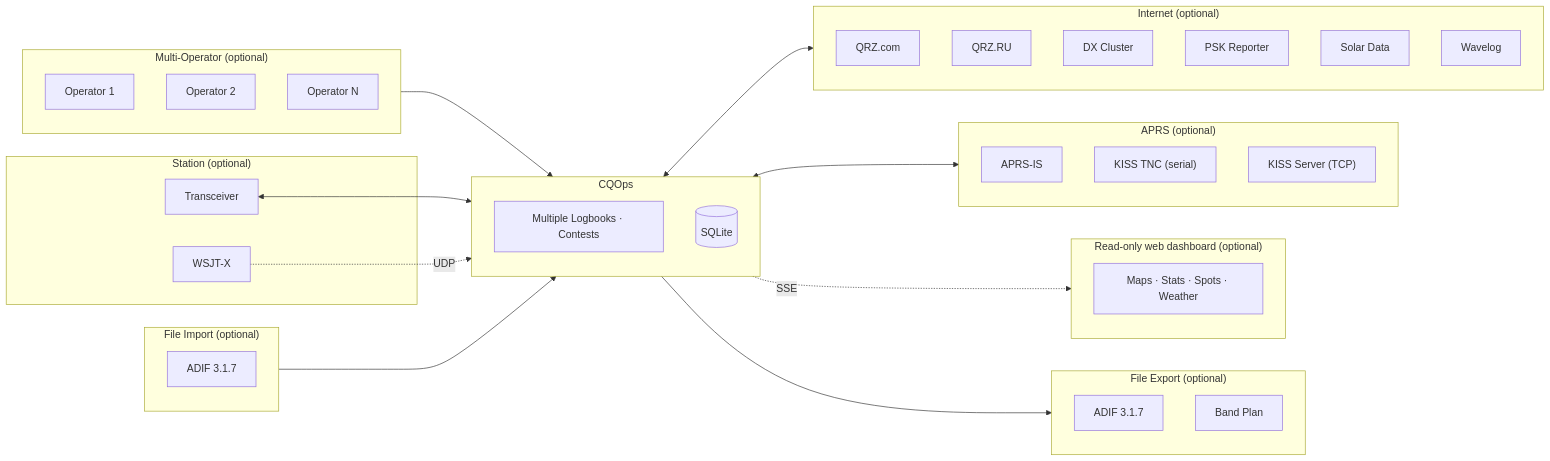
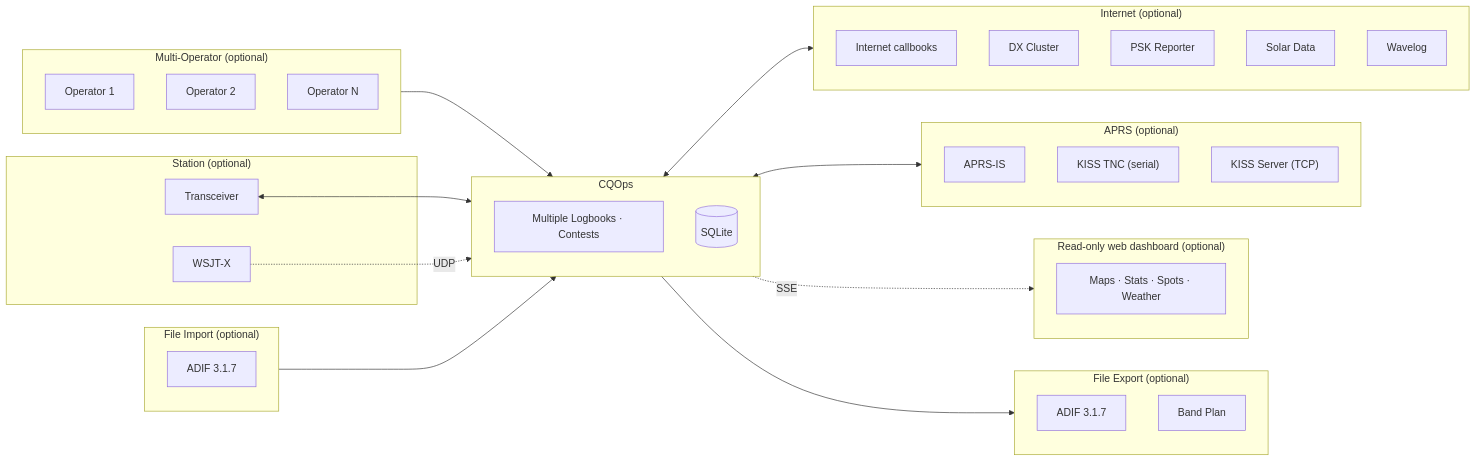
The diagram in README.md (szporwolik/cqops), drawn with Mermaid before and after one commit.

Commit message:
refactor: consolidate callbook nodes in architecture diagram

````diff
--- a/README.md
+++ b/README.md
@@ -84,48 +84,47 @@
 ```mermaid
 flowchart LR
     subgraph Station["Station (optional)"]
         rig["Transceiver"]
         wsjtx["WSJT-X"]
     end
     subgraph CQOps["CQOps"]
         core["Multiple Logbooks · Contests"]
         db[("SQLite")]
     end
     subgraph Ops["Multi-Operator (optional)"]
         op1["Operator 1"]
         op2["Operator 2"]
         opN["Operator N"]
     end
     subgraph Internet["Internet (optional)"]
-        qrz["QRZ.com"]
-        qrzru["QRZ.RU"]
+        callbooks["Internet callbooks"]
         dxc["DX Cluster"]
         psk["PSK Reporter"]
         solar["Solar Data"]
         wavelog["Wavelog"]
     end
     subgraph APRS["APRS (optional)"]
         aprsis["APRS-IS"]
         kissS["KISS TNC (serial)"]
         kissT["KISS Server (TCP)"]
     end
     subgraph Dash["Read-only web dashboard (optional)"]
         dash["Maps · Stats · Spots · Weather"]
     end
     subgraph FilesExport["File Export (optional)"]
         adifOut["ADIF 3.1.7"]
         bpl["Band Plan"]
     end
     subgraph FilesImport["File Import (optional)"]
         adifIn["ADIF 3.1.7"]
     end
 
     Ops --> CQOps
     rig <--> CQOps
     wsjtx -. UDP .-> CQOps
     CQOps <--> Internet
     CQOps <--> APRS
     CQOps -. SSE .-> Dash
     CQOps --> FilesExport
     FilesImport --> CQOps
 ```
````
